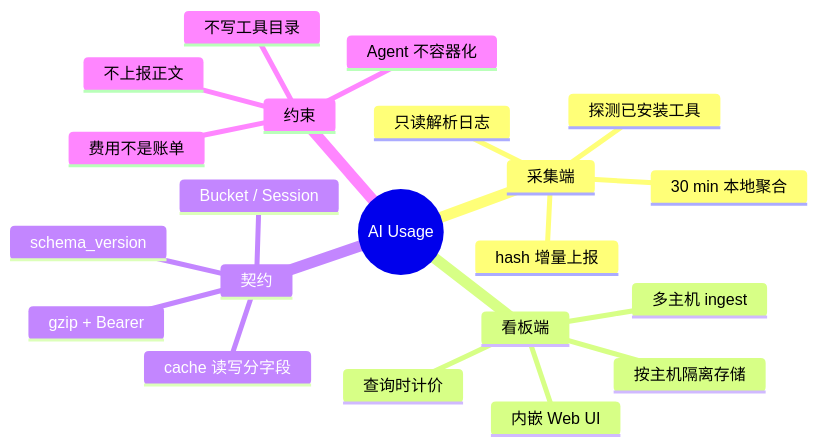
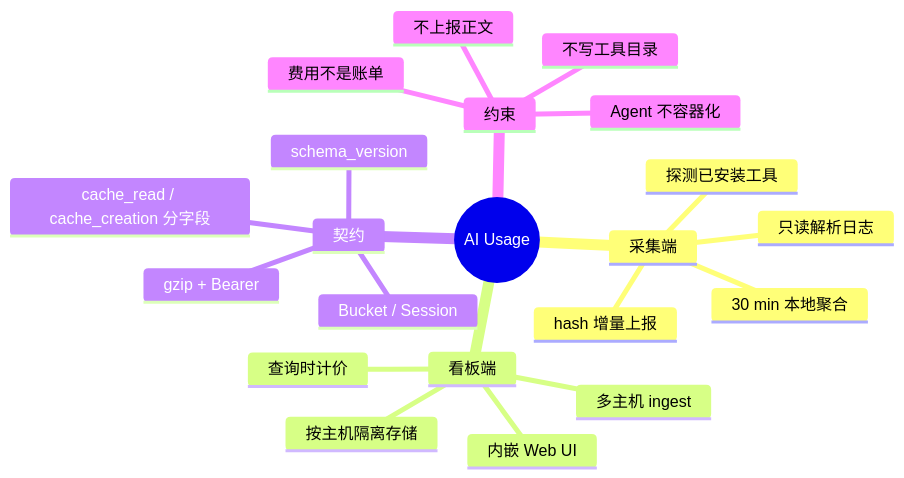
Before and after one commit to Huanfiy/ai-usage: the first of 5 diagrams in docs/design/architecture.md, drawn with Mermaid. The commit also changed other lines of this file and 11 other files, not shown here.

````diff
--- a/docs/design/architecture.md
+++ b/docs/design/architecture.md
@@ -18,24 +18,24 @@
 ```mermaid
 mindmap
   root((AI Usage))
     采集端
       探测已安装工具
       只读解析日志
       30 min 本地聚合
       hash 增量上报
     看板端
       多主机 ingest
       按主机隔离存储
       查询时计价
       内嵌 Web UI
     契约
       schema_version
       Bucket / Session
-      cache 读写分字段
+      cache_read / cache_creation 分字段
       gzip + Bearer
     约束
       不写工具目录
       不上报正文
       Agent 不容器化
       费用不是账单
 ```
````
